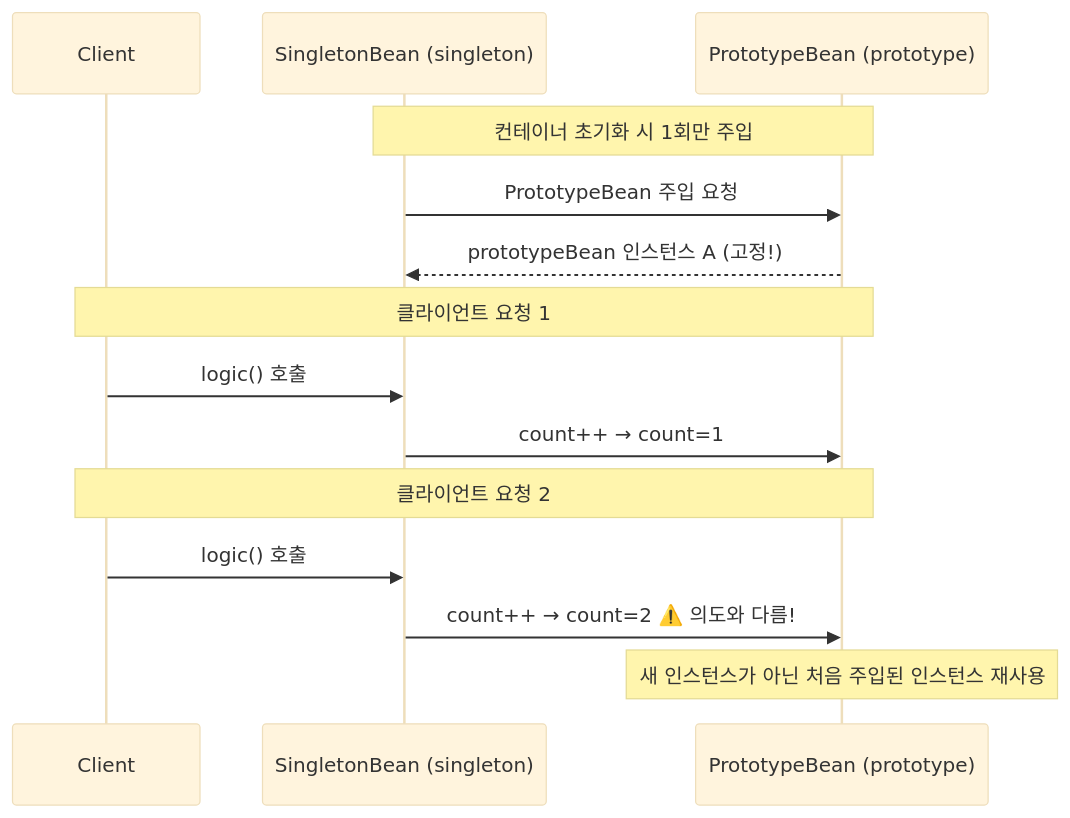
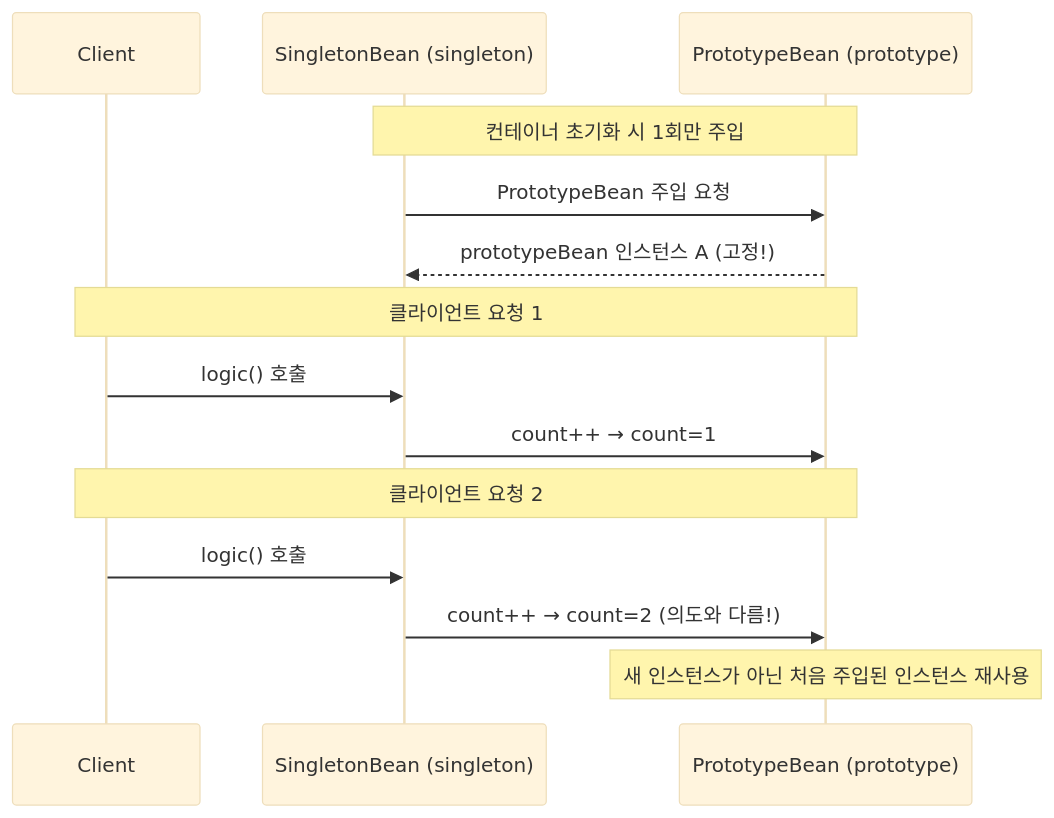
Before and after one commit to yjkim2015/yjkim2015.github.io: the eighth of 11 diagrams in _posts/spring/2026-05-02-spring-core-basic.md, drawn with Mermaid (base theme). The commit also changed other lines of this file and 92 other files, not shown here.

First line of the commit message:
Major quality rewrite: 98 files, Mermaid fix, extreme-scenario component

````diff
--- a/_posts/spring/2026-05-02-spring-core-basic.md
+++ b/_posts/spring/2026-05-02-spring-core-basic.md
@@ -688,19 +626,19 @@
 ```mermaid
 sequenceDiagram
     participant Client
     participant Singleton as SingletonBean (singleton)
     participant Prototype as PrototypeBean (prototype)
 
     Note over Singleton,Prototype: 컨테이너 초기화 시 1회만 주입
     Singleton->>Prototype: PrototypeBean 주입 요청
     Prototype-->>Singleton: prototypeBean 인스턴스 A (고정!)
 
     Note over Client,Prototype: 클라이언트 요청 1
     Client->>Singleton: logic() 호출
     Singleton->>Prototype: count++ → count=1
 
     Note over Client,Prototype: 클라이언트 요청 2
     Client->>Singleton: logic() 호출
-    Singleton->>Prototype: count++ → count=2 ⚠️ 의도와 다름!
+    Singleton->>Prototype: count++ → count=2 (의도와 다름!)
     Note over Prototype: 새 인스턴스가 아닌 처음 주입된 인스턴스 재사용
 ```
````
